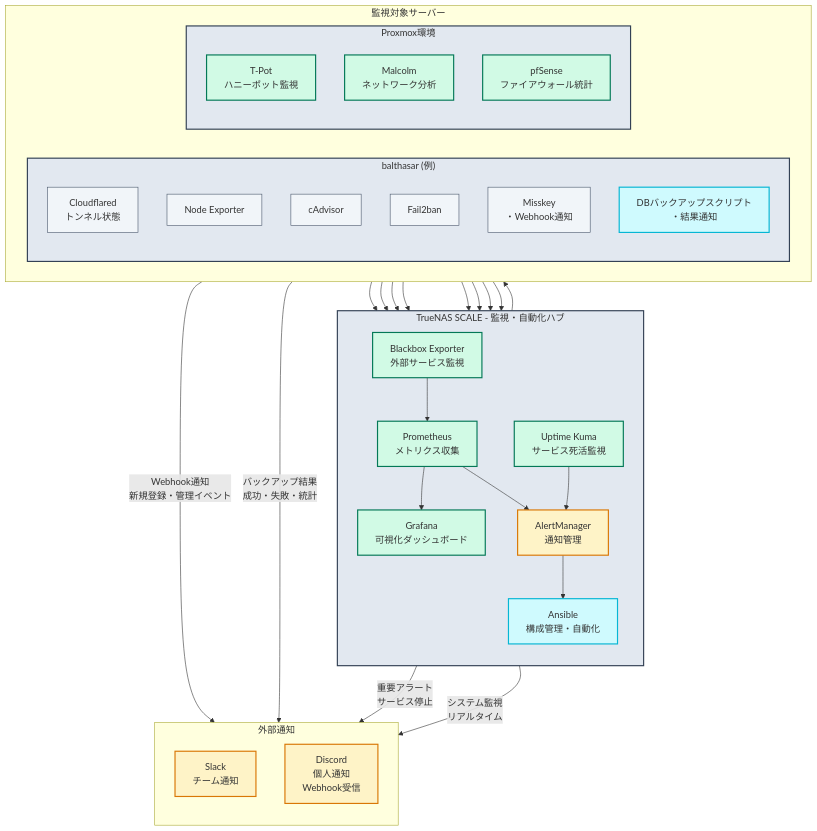
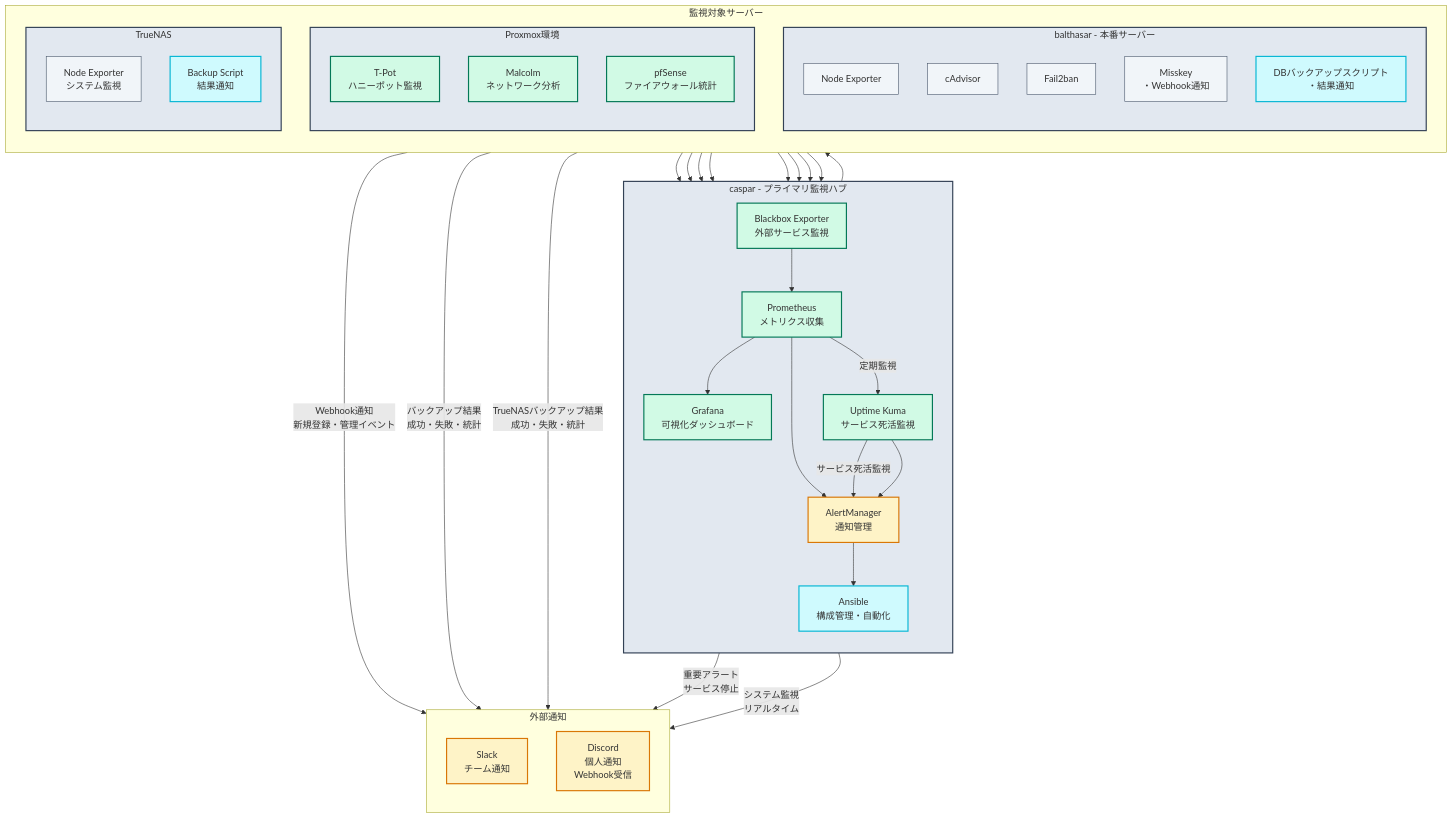
The third of 5 diagrams in README.md (yamisskey-dev/hosted-list), drawn with Mermaid before and after one commit.

````diff
--- a/README.md
+++ b/README.md
@@ -201,9 +201,10 @@
     classDef homeServer fill:#e2e8f0,stroke:#334155,stroke-width:2px
     classDef common fill:#f1f5f9,stroke:#475569,stroke-width:1px
     classDef alert fill:#fef3c7,stroke:#d97706,stroke-width:2px
+    classDef storage fill:#f3e8ff,stroke:#7e22ce,stroke-width:1.5px
 
-    %% Central Hub
-    subgraph truenas["TrueNAS SCALE - 監視・自動化ハブ"]
+    %% Caspar - Primary Monitoring Hub
+    subgraph caspar["caspar - プライマリ監視ハブ"]
         direction TB
         prometheus["Prometheus<br/>メトリクス収集"]:::monitoring
         blackbox_exporter["Blackbox Exporter<br/>外部サービス監視"]:::monitoring
@@ -212,6 +213,8 @@
         alert_manager["AlertManager<br/>通知管理"]:::alert
         ansible["Ansible<br/>構成管理・自動化"]:::automation
     end
+
+
 
     %% External Notifications
     subgraph notifications["外部通知"]
@@ -222,11 +225,10 @@
 
     %% Monitored Servers
     subgraph servers["監視対象サーバー"]
-        direction LR
+        direction TB
         
-        subgraph balthasar["balthasar (例)"]
+        subgraph balthasar["balthasar - 本番サーバー"]
             direction TB
-            cloudflared_b["Cloudflared<br/>トンネル状態"]:::common
             node_exporter_b["Node Exporter"]:::common
             cadvisor_b["cAdvisor"]:::common
             fail2ban_b["Fail2ban"]:::common
@@ -240,14 +242,20 @@
             malcolm["Malcolm<br/>ネットワーク分析"]:::monitoring
             pfsense["pfSense<br/>ファイアウォール統計"]:::monitoring
         end
+        
+        subgraph truenas["TrueNAS"]
+            direction TB
+            node_exporter_t["Node Exporter<br/>システム監視"]:::common
+            backup_script["Backup Script<br/>結果通知"]:::automation
+        end
     end
 
-    %% Monitoring Data Flow
-    cloudflared_b --> prometheus
+    %% Primary Monitoring Data Flow (caspar)
     node_exporter_b --> prometheus
     cadvisor_b --> prometheus
     fail2ban_b --> prometheus
     misskey_app --> prometheus
+    node_exporter_t --> prometheus
     
     tpot --> prometheus
     malcolm --> prometheus
@@ -255,10 +263,16 @@
     
     blackbox_exporter --> prometheus
 
+    %% Cross-monitoring for redundancy
+    uptime_kuma -->|"サービス死活監視"| alert_manager
+
     %% Monitoring Integration
     prometheus --> grafana
     prometheus --> alert_manager
     uptime_kuma --> alert_manager
+
+    %% External monitoring
+    prometheus -->|"定期監視"| uptime_kuma
 
     %% AlertManager Notifications
     alert_manager -->|"重要アラート<br/>サービス停止"| slack
@@ -267,12 +281,13 @@
     %% Application Notifications
     misskey_app -->|"Webhook通知<br/>新規登録・管理イベント"| discord
     db_backup_script -->|"バックアップ結果<br/>成功・失敗・統計"| discord
+    backup_script -->|"TrueNASバックアップ結果<br/>成功・失敗・統計"| discord
 
     %% Automation Flow
     alert_manager --> ansible
     ansible --> servers
 
     %% Apply styles
-    class truenas homeServer
-    class balthasar,proxmox homeServer
+    class caspar homeServer
+    class balthasar,proxmox,truenas homeServer
 ```
````
